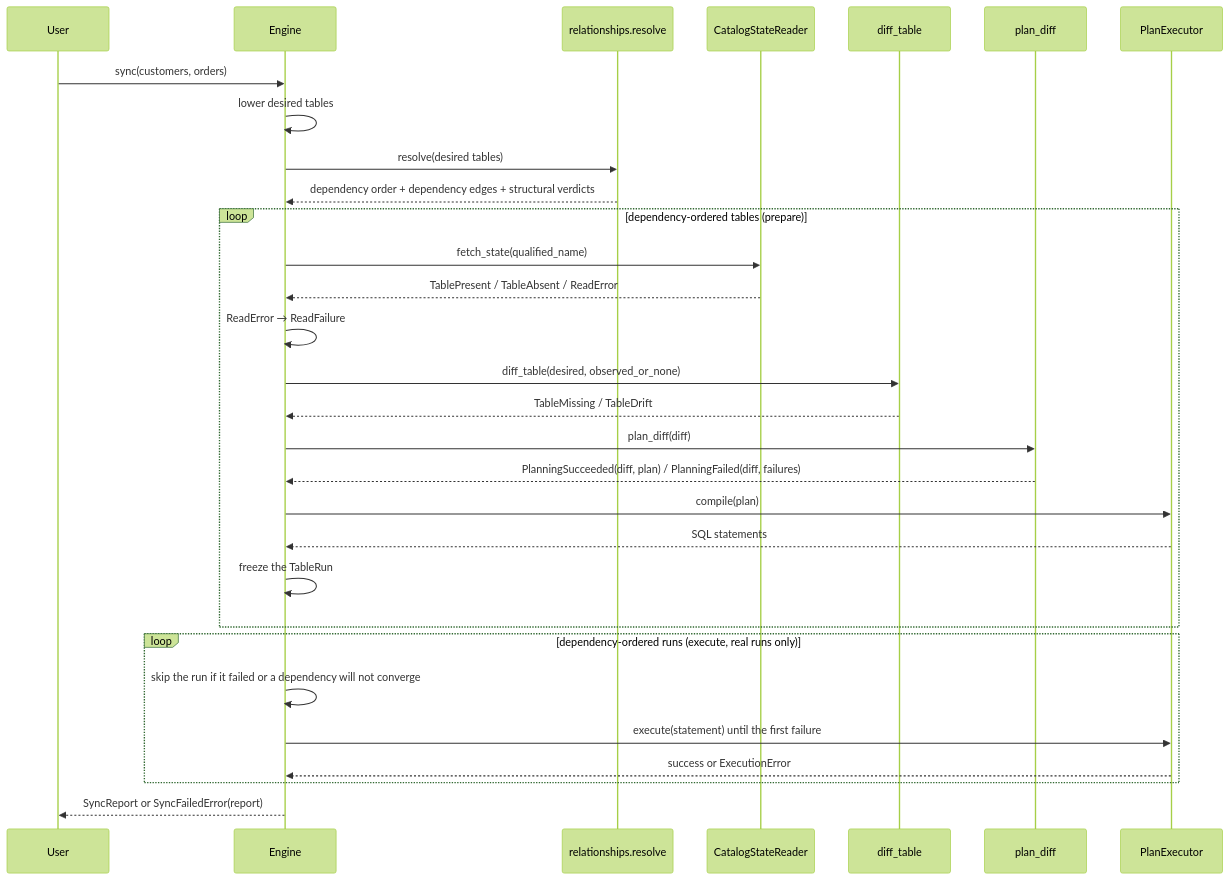
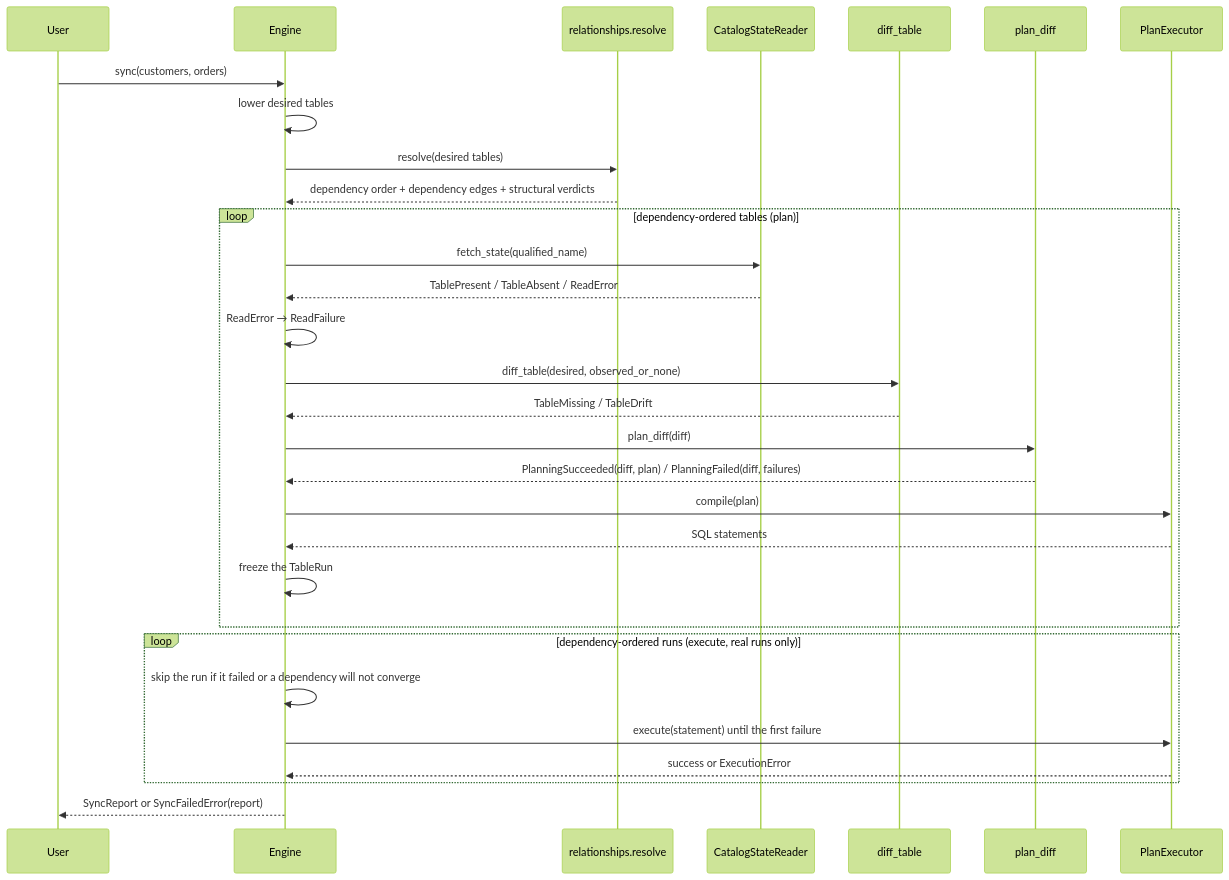
The third of 5 diagrams in docs/explanation-architecture.md (Tomoscorbin/delta-engine), drawn with Mermaid (forest theme) before and after one commit. The commit also changed other lines of this file and 2 other files, not shown here.

First line of the commit message:
refactor: name the per-table pass _plan_table

````diff
--- a/docs/explanation-architecture.md
+++ b/docs/explanation-architecture.md
@@ -277,33 +277,33 @@
 ```mermaid
 sequenceDiagram
     participant User
     participant Engine
     participant Resolver as relationships.resolve
     participant Reader as CatalogStateReader
     participant Differ as diff_table
     participant Planner as plan_diff
     participant Executor as PlanExecutor
 
     User->>Engine: sync(customers, orders)
     Engine->>Engine: lower desired tables
     Engine->>Resolver: resolve(desired tables)
     Resolver-->>Engine: dependency order + dependency edges + structural verdicts
-    loop dependency-ordered tables (prepare)
+    loop dependency-ordered tables (plan)
         Engine->>Reader: fetch_state(qualified_name)
         Reader-->>Engine: TablePresent / TableAbsent / ReadError
         Engine->>Engine: ReadError → ReadFailure
         Engine->>Differ: diff_table(desired, observed_or_none)
         Differ-->>Engine: TableMissing / TableDrift
         Engine->>Planner: plan_diff(diff)
         Planner-->>Engine: PlanningSucceeded(diff, plan) / PlanningFailed(diff, failures)
         Engine->>Executor: compile(plan)
         Executor-->>Engine: SQL statements
         Engine->>Engine: freeze the TableRun
     end
     loop dependency-ordered runs (execute, real runs only)
         Engine->>Engine: skip the run if it failed or a dependency will not converge
         Engine->>Executor: execute(statement) until the first failure
         Executor-->>Engine: success or ExecutionError
     end
     Engine-->>User: SyncReport or SyncFailedError(report)
 ```
````
